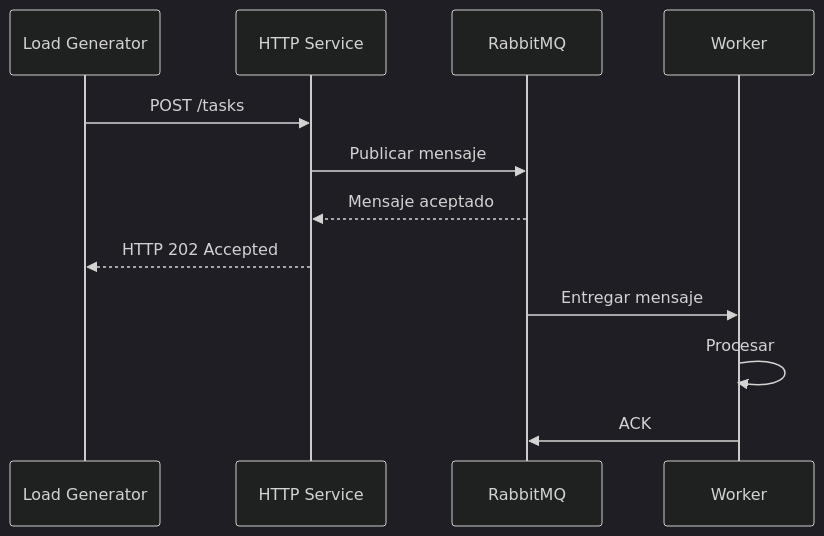
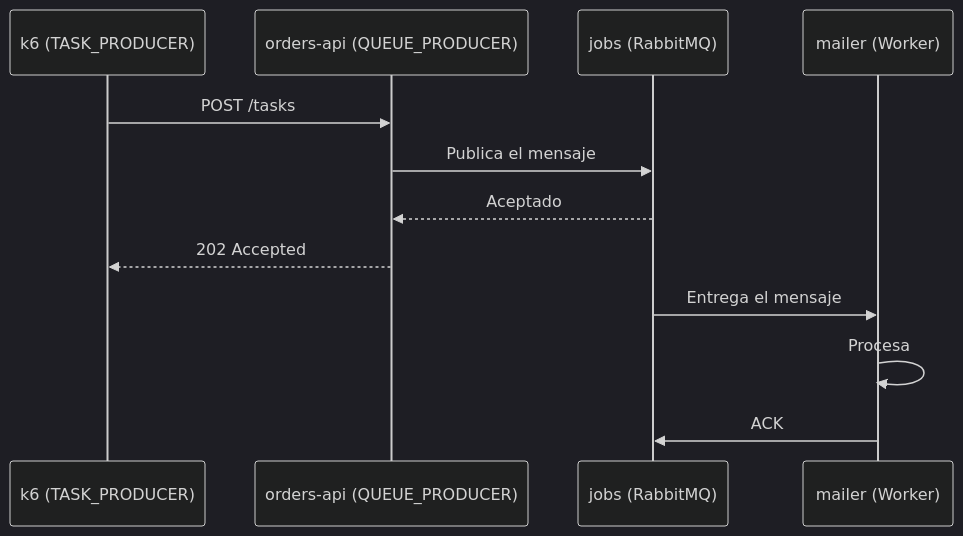
One commit to codeurjc-students/2026-INFRACTURE changed diagram 15 of 17 in docs/EXECUTION_ARCHITECTURE.md. Above: the diagram before and after it, drawn with Mermaid (dark theme). The commit also changed other lines of this file and 9 other files, not shown here.

````diff
--- a/docs/EXECUTION_ARCHITECTURE.md
+++ b/docs/EXECUTION_ARCHITECTURE.md
@@ -402,15 +771,15 @@
 ```mermaid
 sequenceDiagram
-    participant L as Load Generator
-    participant H as HTTP Service
-    participant R as RabbitMQ
-    participant W as Worker
+    participant K as k6 (TASK_PRODUCER)
+    participant H as orders-api (QUEUE_PRODUCER)
+    participant Q as jobs (RabbitMQ)
+    participant W as mailer (Worker)
 
-    L->>H: POST /tasks
-    H->>R: Publicar mensaje
-    R-->>H: Mensaje aceptado
-    H-->>L: HTTP 202 Accepted
-    R->>W: Entregar mensaje
-    W->>W: Procesar
-    W->>R: ACK
+    K->>H: POST /tasks
+    H->>Q: Publica el mensaje
+    Q-->>H: Aceptado
+    H-->>K: 202 Accepted
+    Q->>W: Entrega el mensaje
+    W->>W: Procesa
+    W->>Q: ACK
 ```
````
